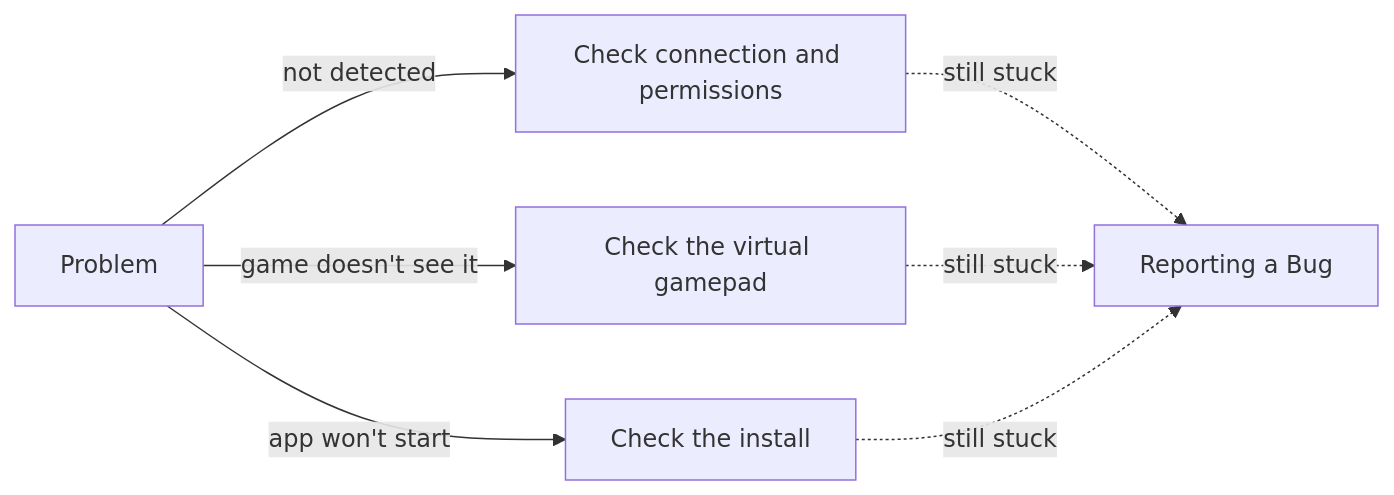
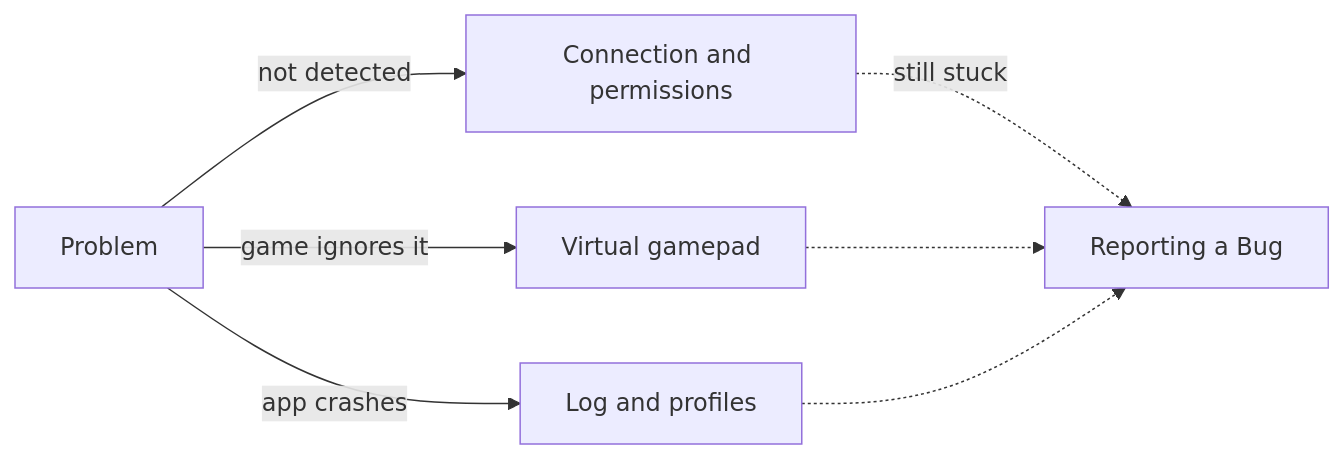
The diagram in wiki/Troubleshooting.md (xsyetopz/OpenJoystickDriver), drawn with Mermaid before and after one commit. The commit also changed other lines of this file, not shown here.

````diff
--- a/wiki/Troubleshooting.md
+++ b/wiki/Troubleshooting.md
@@ -5,9 +5,9 @@
 ```mermaid
 flowchart LR
-    p[Problem] -->|"not detected"| d[Check connection and permissions]
-    p -->|"game doesn't see it"| g[Check the virtual gamepad]
-    p -->|"app won't start"| a[Check the install]
+    p[Problem] -->|"not detected"| d[Connection and permissions]
+    p -->|"game ignores it"| g[Virtual gamepad]
+    p -->|"app crashes"| a[Log and profiles]
     d -.->|"still stuck"| r[Reporting a Bug]
-    g -.->|"still stuck"| r
-    a -.->|"still stuck"| r
+    g -.-> r
+    a -.-> r
 ```
````
